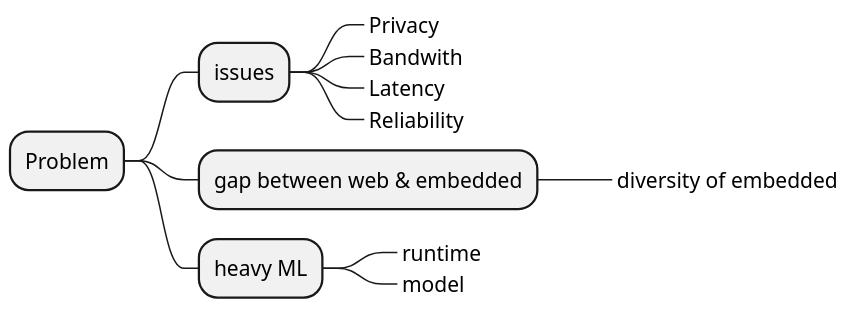
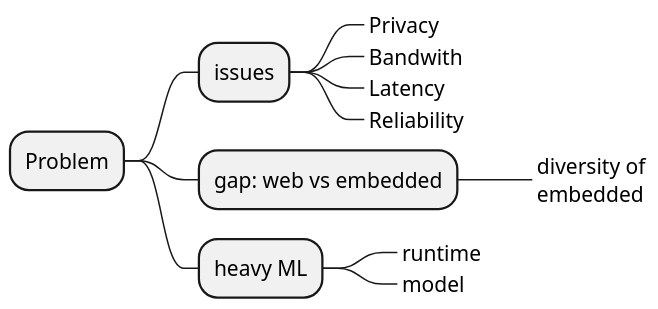
One commit to doyu/elc2019 changed the diagram in summary-problem.puml. Above: the diagram before and after it, drawn with PlantUML. The commit also changed 1 other file, not shown here.

```diff
--- a/summary-problem.puml
+++ b/summary-problem.puml
@@ -1,15 +1,15 @@
 @startmindmap
 scale 1.5
 * Problem
 ** issues
 ***_ Privacy
 ***_ Bandwith
 ***_ Latency
 ***_ Reliability
-** gap between web & embedded
-***_ diversity of embedded
+** gap: web vs embedded
+***_ diversity of\nembedded
 ** heavy ML
 ***_ runtime
 ***_ model
 
 @endmindmap
```
